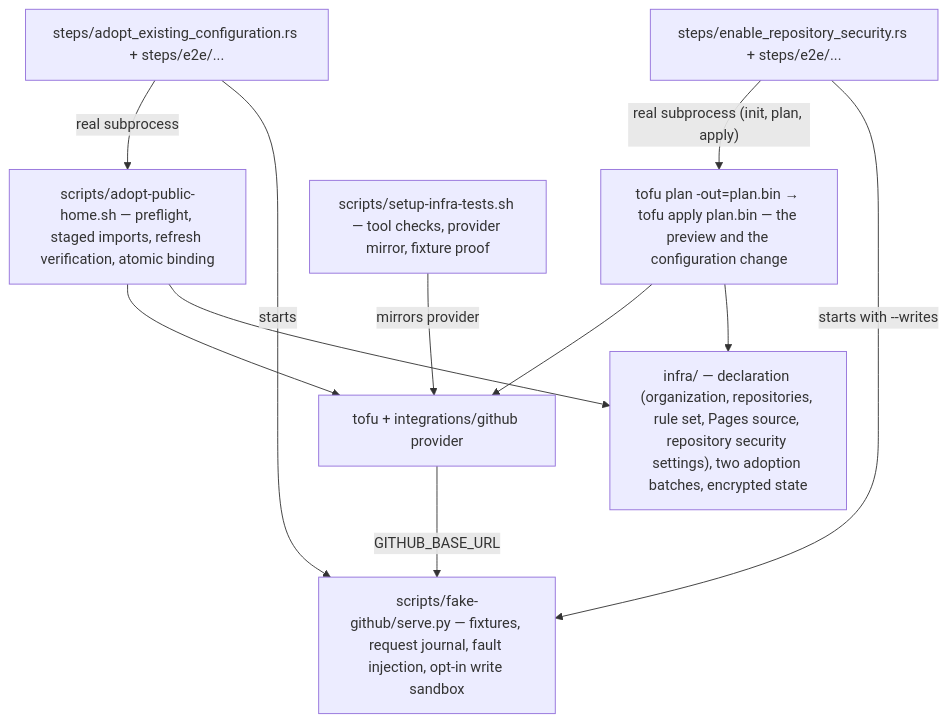
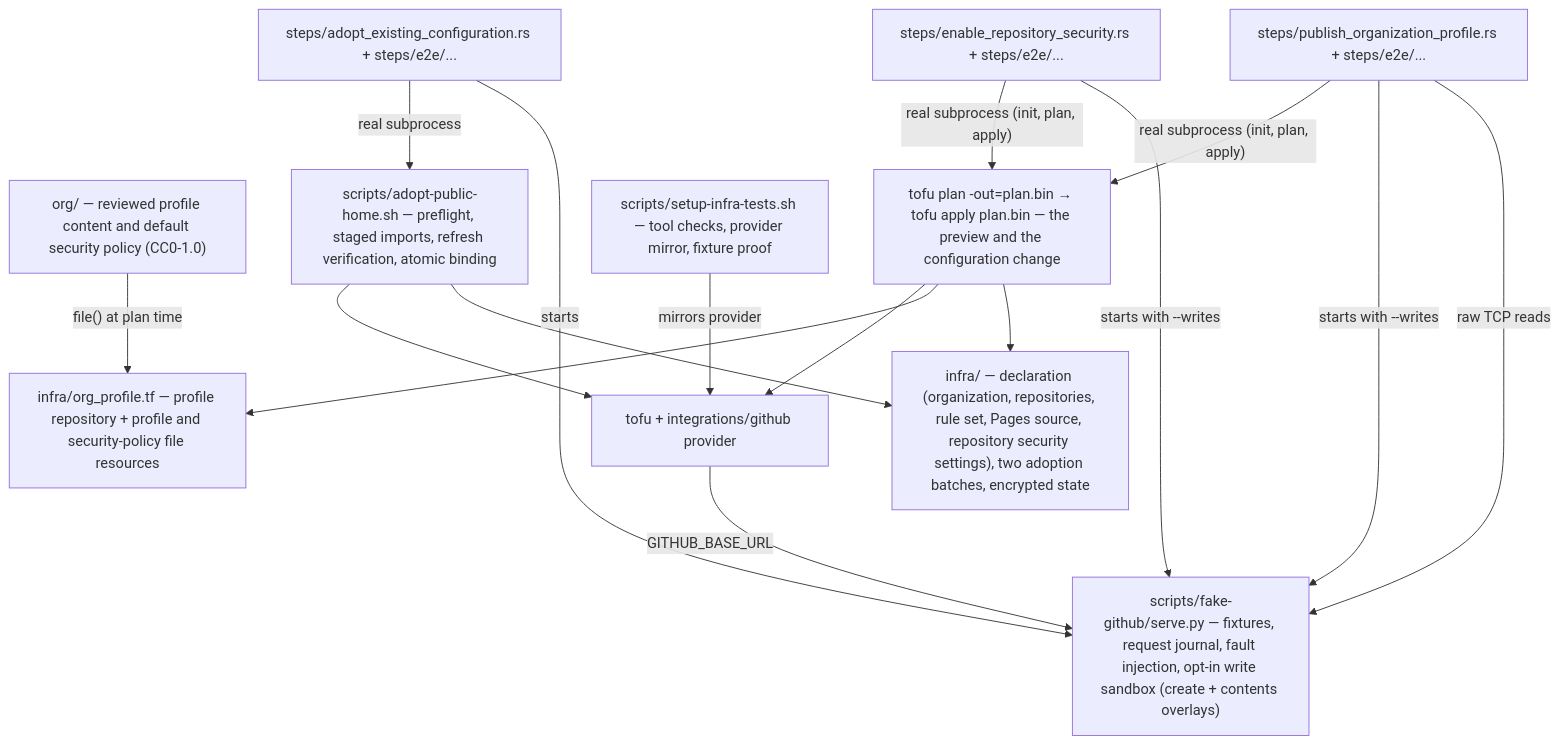
The third of 3 diagrams in docs/arc42/05-building-block-view.md (duty2cal/duty2cal), drawn with Mermaid before and after one commit. The commit also changed other lines of this file and 38 other files, not shown here.

Commit message:
docs(apply-configuration-change): record the organization profile evidence and the 0.4.0 change log.

````diff
--- a/docs/arc42/05-building-block-view.md
+++ b/docs/arc42/05-building-block-view.md
@@ -68,21 +68,29 @@
 ```mermaid
 flowchart TB
   DECL["infra/ — declaration (organization, repositories, rule set, Pages source, repository security settings), two adoption batches, encrypted state"]
+  PROFILE["infra/org_profile.tf — profile repository + profile and security-policy file resources"]
+  ORG["org/ — reviewed profile content and default security policy (CC0-1.0)"]
   ADOPT["scripts/adopt-public-home.sh — preflight, staged imports, refresh verification, atomic binding"]
   APPLY["tofu plan -out=plan.bin → tofu apply plan.bin — the preview and the configuration change"]
   SETUP["scripts/setup-infra-tests.sh — tool checks, provider mirror, fixture proof"]
-  FAKE["scripts/fake-github/serve.py — fixtures, request journal, fault injection, opt-in write sandbox"]
+  FAKE["scripts/fake-github/serve.py — fixtures, request journal, fault injection, opt-in write sandbox (create + contents overlays)"]
   STEPS5["steps/adopt_existing_configuration.rs + steps/e2e/..."]
   STEPS6["steps/enable_repository_security.rs + steps/e2e/..."]
+  STEPS7["steps/publish_organization_profile.rs + steps/e2e/..."]
   TOFU5["tofu + integrations/github provider"]
+  ORG -->|"file() at plan time"| PROFILE
   ADOPT --> TOFU5
   APPLY --> TOFU5
+  APPLY --> PROFILE
   ADOPT --> DECL
   APPLY --> DECL
   STEPS5 -->|real subprocess| ADOPT
   STEPS6 -->|"real subprocess (init, plan, apply)"| APPLY
+  STEPS7 -->|"real subprocess (init, plan, apply)"| APPLY
   STEPS5 -->|starts| FAKE
   STEPS6 -->|"starts with --writes"| FAKE
+  STEPS7 -->|"starts with --writes"| FAKE
+  STEPS7 -->|"raw TCP reads"| FAKE
   TOFU5 -->|"GITHUB_BASE_URL"| FAKE
   SETUP -->|mirrors provider| TOFU5
 ```
````
